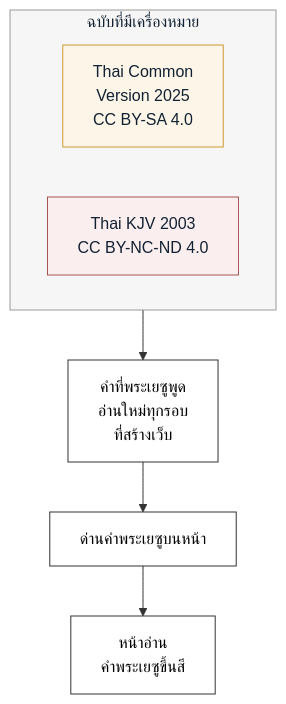
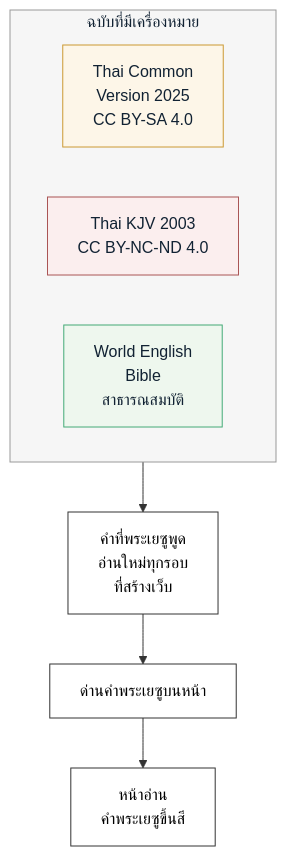
Before and after one commit to aim-krisada/phrakham.life: the second of 11 diagrams in content/แหล่งข้อมูล.md, drawn with Mermaid. The commit also changed other lines of this file and 6 other files, not shown here.

````diff
--- a/content/แหล่งข้อมูล.md
+++ b/content/แหล่งข้อมูล.md
@@ -185,20 +185,23 @@
 ```mermaid
 flowchart TD
   accTitle: คำที่พระเยซูพูดมาจากฉบับไหน
   accDescr: คำอธิบายเป็นตัวหนังสืออยู่ใต้ภาพนี้
   subgraph G_JW["ฉบับที่มีเครื่องหมาย"]
     direction LR
     S_TCV["Thai Common<br/>Version 2025<br/>CC BY-SA 4.0"]
     S_TKJ["Thai KJV 2003<br/>CC BY-NC-ND 4.0"]
+    S_WEB["World English<br/>Bible<br/>สาธารณสมบัติ"]
   end
   style G_JW fill:#f6f6f6,stroke:#999,color:#123
   G_JW --> L_JW["คำที่พระเยซูพูด<br/>อ่านใหม่ทุกรอบ<br/>ที่สร้างเว็บ"]
   L_JW --> D_JW["ด่านคำพระเยซูบนหน้า"]
   D_JW --> P_JW["หน้าอ่าน<br/>คำพระเยซูขึ้นสี"]
+  classDef g1 fill:#eef7ee,stroke:#4a7,color:#123
   classDef g3 fill:#fdf6e8,stroke:#c93,color:#123
   classDef g4 fill:#fbeeee,stroke:#a55,color:#123
   classDef pipe fill:#ffffff,stroke:#333,color:#000
+  class S_WEB g1
   class S_TCV g3
   class S_TKJ g4
   class L_JW,D_JW,P_JW pipe
 ```
````
